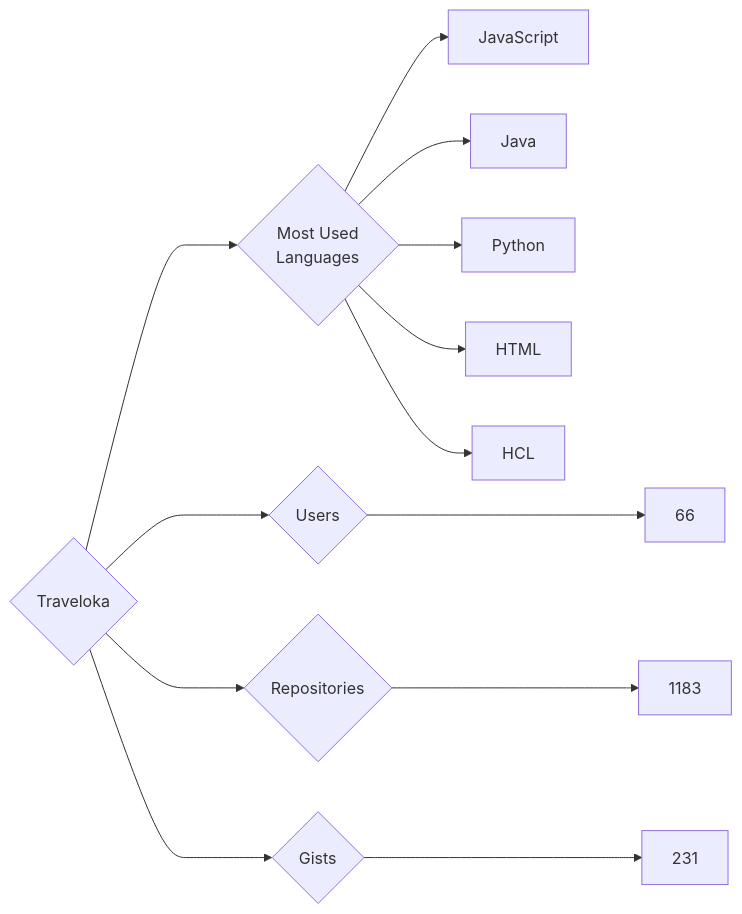
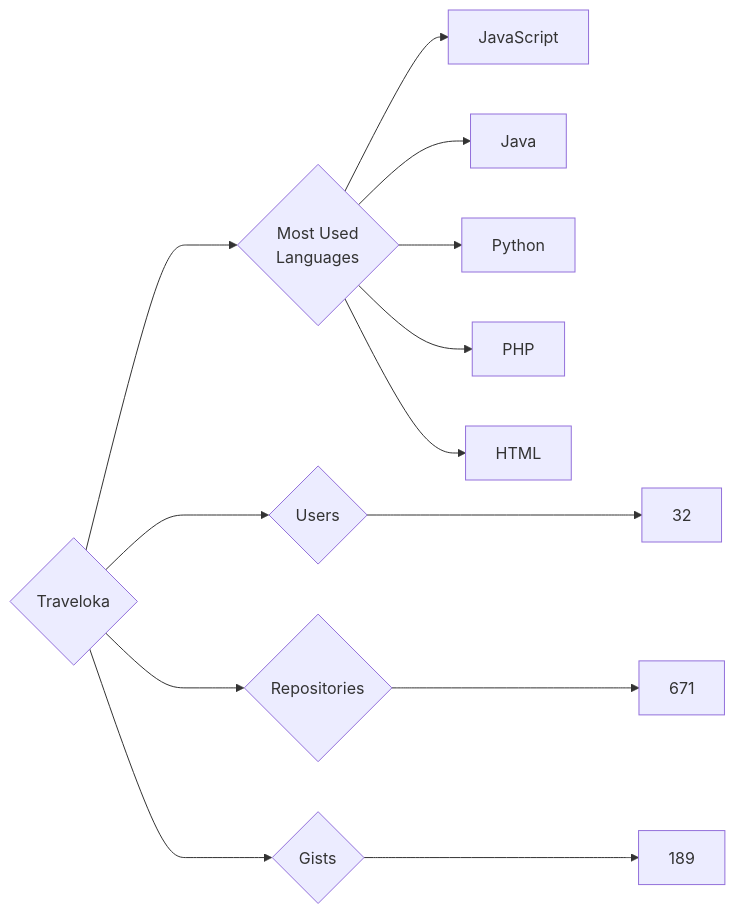
Before and after one commit to trickest/insiders: the diagram in targets/Traveloka/README.md, drawn with Mermaid. The commit also changed 878 other files, not shown here.

````diff
--- a/targets/Traveloka/README.md
+++ b/targets/Traveloka/README.md
@@ -3,13 +3,13 @@
 ```mermaid
 graph LR
 COMPANY_NAME{Traveloka}
-COMPANY_NAME ---> U{Users} ---> UN[66]
-COMPANY_NAME ---> R{Repositories} ---> RN[1183]
-COMPANY_NAME ---> G{Gists} ---> GN[231]
+COMPANY_NAME ---> U{Users} ---> UN[32]
+COMPANY_NAME ---> R{Repositories} ---> RN[671]
+COMPANY_NAME ---> G{Gists} ---> GN[189]
 COMPANY_NAME ---> ML{Most Used<br>Languages}
 ML --> JavaScript[JavaScript]
 ML --> Java[Java]
 ML --> Python[Python]
+ML --> PHP[PHP]
 ML --> HTML[HTML]
-ML --> HCL[HCL]
 ```
````
